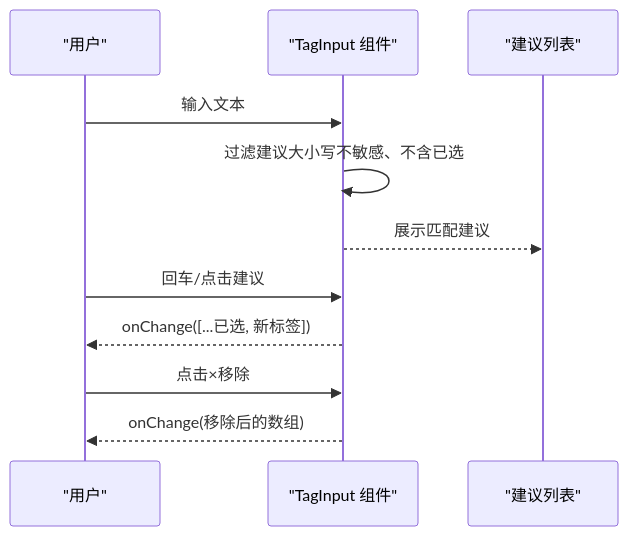
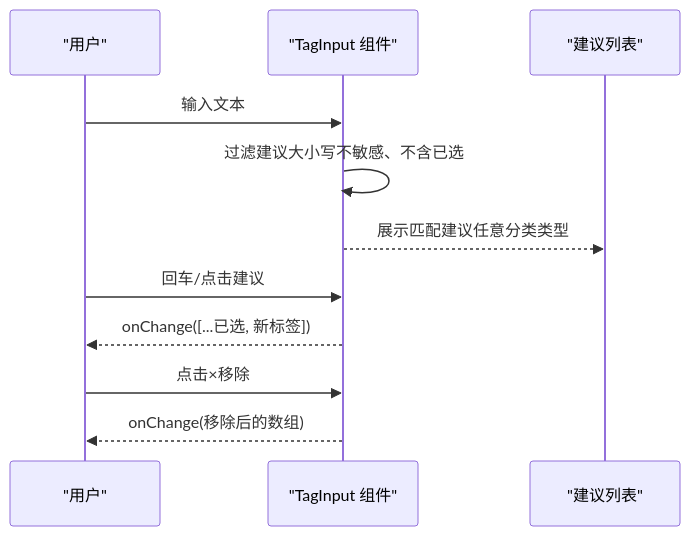
Before and after one commit to RadiumAg/image-saas: the sixth of 9 diagrams in .qoder/repowiki/zh/content/核心功能模块/标签管理系统.md, drawn with Mermaid. The commit also changed other lines of this file and 6 other files, not shown here.

````diff
--- a/.qoder/repowiki/zh/content/核心功能模块/标签管理系统.md
+++ b/.qoder/repowiki/zh/content/核心功能模块/标签管理系统.md
@@ -214,13 +275,13 @@
 ```mermaid
 sequenceDiagram
 participant User as "用户"
 participant Comp as "TagInput 组件"
 participant Suggest as "建议列表"
 User->>Comp : 输入文本
 Comp->>Comp : 过滤建议大小写不敏感、不含已选
-Comp-->>Suggest : 展示匹配建议
+Comp-->>Suggest : 展示匹配建议任意分类类型
 User->>Comp : 回车/点击建议
 Comp-->>User : onChange([...已选, 新标签])
 User->>Comp : 点击×移除
 Comp-->>User : onChange(移除后的数组)
 ```
````
